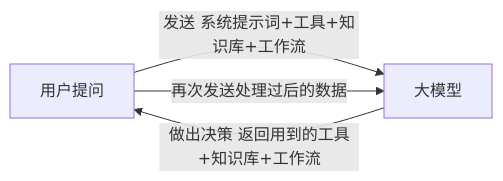
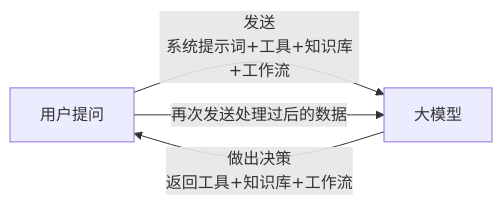
The diagram in _posts/2026-09-22-AI-agent.md (McAaronY/myblog), drawn with Mermaid before and after one commit. The commit also changed other lines of this file, not shown here.

Commit message:
mermaid 更改

````diff
--- a/_posts/2026-09-22-AI-agent.md
+++ b/_posts/2026-09-22-AI-agent.md
@@ -21,6 +21,6 @@
 ```mermaid
 flowchart LR
-  A[用户提问] -->|发送 系统提示词+工具+知识库+工作流 |B[大模型]
-  B-->|做出决策 返回用到的工具+知识库+工作流|A
-  A-->|再次发送处理过后的数据|B
+  A[用户提问] -->|发送<br/>系统提示词+工具+知识库+工作流| B[大模型]
+  B -->|做出决策<br/>返回工具+知识库+工作流| A
+  A -->|再次发送处理过后的数据| B
 ```
````
